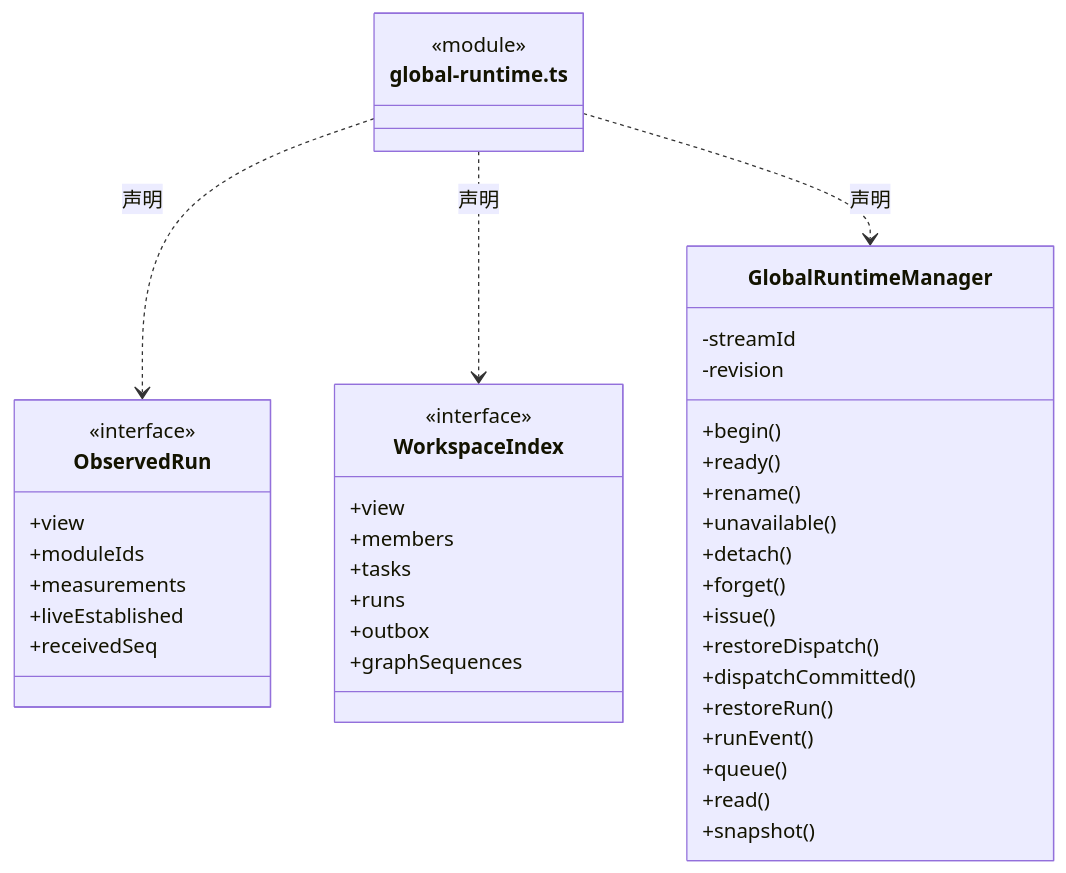
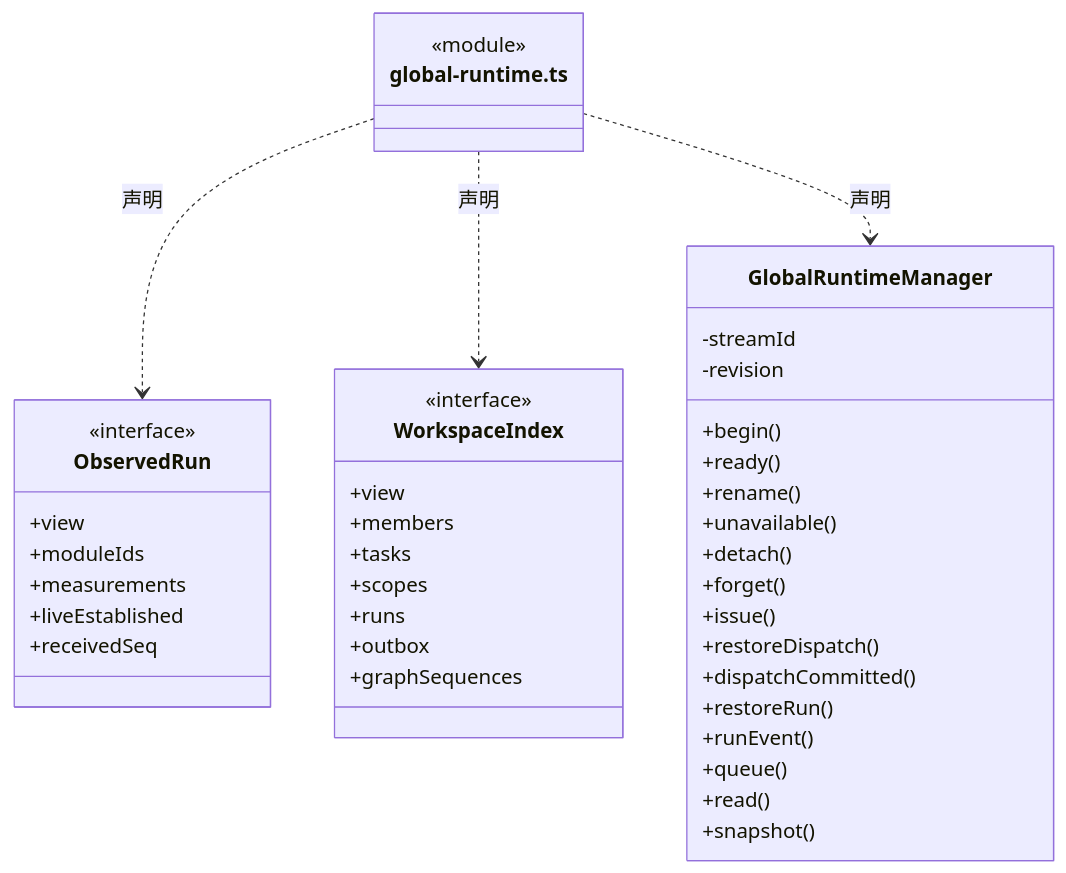
One commit to nan023062/cbim changed the fourth of 9 diagrams in src/backend/scheduler-engine/runtime/ARCHITECTURE.md. Above: the diagram before and after it, drawn with Mermaid. The commit also changed other lines of this file and 42 other files, not shown here.

````diff
--- a/src/backend/scheduler-engine/runtime/ARCHITECTURE.md
+++ b/src/backend/scheduler-engine/runtime/ARCHITECTURE.md
@@ -119,44 +119,45 @@
 ```mermaid
 classDiagram
 class N_src_backend_scheduler_engine_runtime_global_runtime_ts["global-runtime.ts"] {
   <<module>>
 }
 class N_src_backend_scheduler_engine_runtime_global_runtime_ts_ObservedRun["ObservedRun"] {
   <<interface>>
   +view
   +moduleIds
   +measurements
   +liveEstablished
   +receivedSeq
 }
 N_src_backend_scheduler_engine_runtime_global_runtime_ts ..> N_src_backend_scheduler_engine_runtime_global_runtime_ts_ObservedRun : 声明
 class N_src_backend_scheduler_engine_runtime_global_runtime_ts_WorkspaceIndex["WorkspaceIndex"] {
   <<interface>>
   +view
   +members
   +tasks
+  +scopes
   +runs
   +outbox
   +graphSequences
 }
 N_src_backend_scheduler_engine_runtime_global_runtime_ts ..> N_src_backend_scheduler_engine_runtime_global_runtime_ts_WorkspaceIndex : 声明
 class N_src_backend_scheduler_engine_runtime_global_runtime_ts_GlobalRuntimeManager["GlobalRuntimeManager"] {
   +begin()
   +ready()
   +rename()
   +unavailable()
   +detach()
   +forget()
   +issue()
   +restoreDispatch()
   +dispatchCommitted()
   +restoreRun()
   +runEvent()
   +queue()
   +read()
   +snapshot()
   -streamId
   -revision
 }
 N_src_backend_scheduler_engine_runtime_global_runtime_ts ..> N_src_backend_scheduler_engine_runtime_global_runtime_ts_GlobalRuntimeManager : 声明
 ```
````
